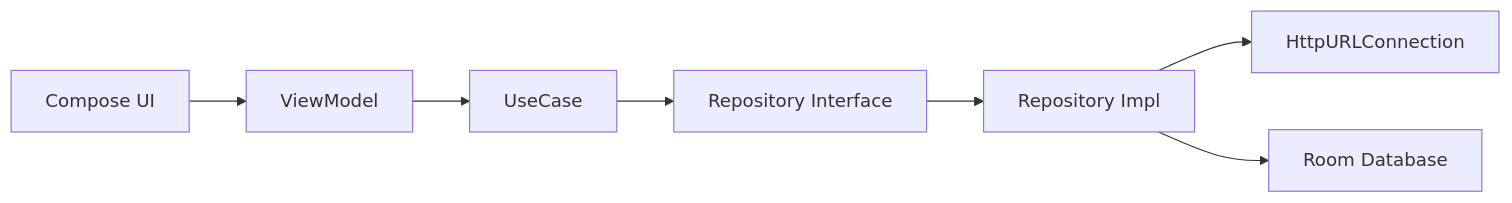
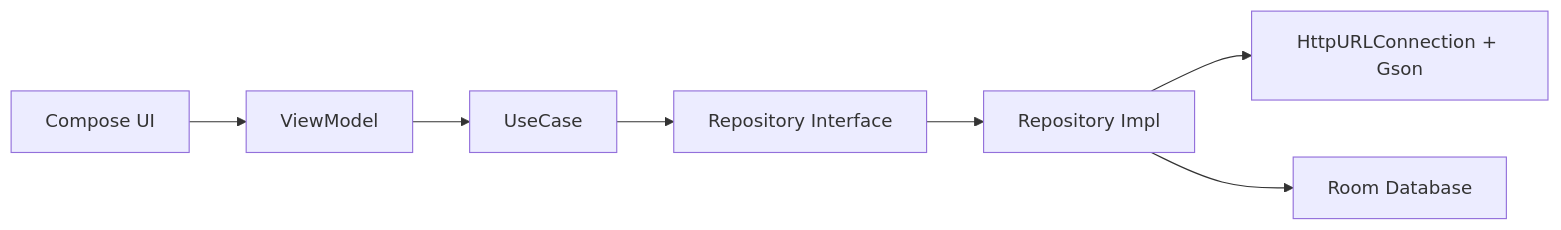
One commit to phael1128/Compsoe-MVI changed the diagram in README.md. Above: the diagram before and after it, drawn with Mermaid. The commit also changed other lines of this file, not shown here.

````diff
--- a/README.md
+++ b/README.md
@@ -51,9 +56,9 @@
 ```mermaid
 flowchart LR
     UI[Compose UI] --> VM[ViewModel]
     VM --> UC[UseCase]
     UC --> RI[Repository Interface]
     RI --> RImpl[Repository Impl]
-    RImpl --> Remote[HttpURLConnection]
+    RImpl --> Remote[HttpURLConnection + Gson]
     RImpl --> Local[Room Database]
 ```
````
